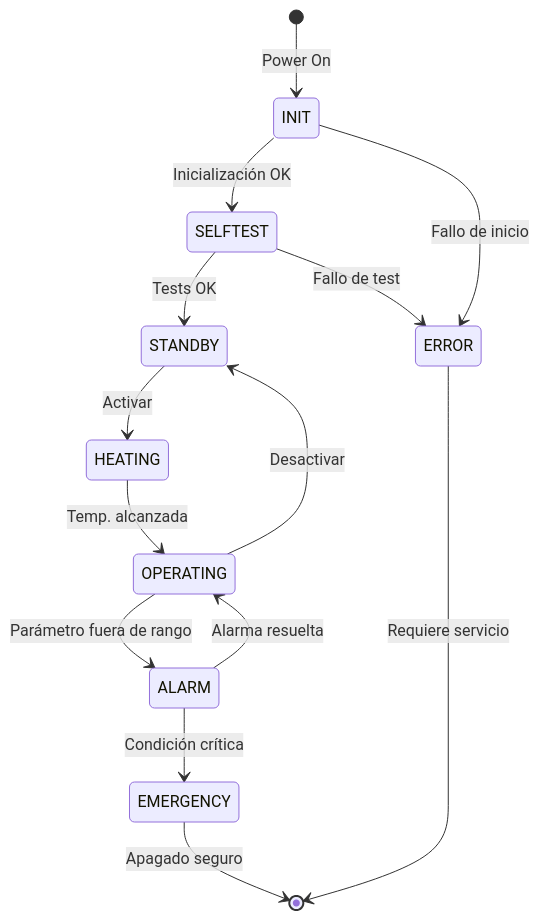
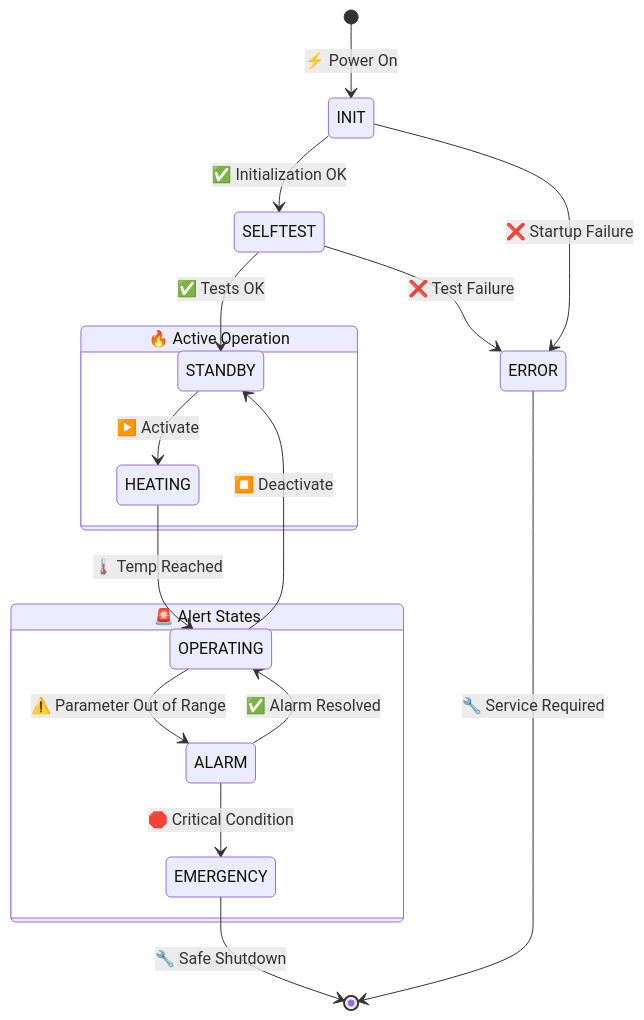
The third of 3 diagrams in docs/i18n/en/docusaurus-plugin-content-docs/version-14.12/architecture/overview.md (medicalopenworld/IncuNest-Docs), drawn with Mermaid before and after one commit. The commit also changed other lines of this file and 4 other files, not shown here.

Commit message:
Update English translations with beautiful mermaid diagrams

````diff
--- a/docs/i18n/en/docusaurus-plugin-content-docs/version-14.12/architecture/overview.md
+++ b/docs/i18n/en/docusaurus-plugin-content-docs/version-14.12/architecture/overview.md
@@ -172,21 +201,24 @@
 ```mermaid
 stateDiagram-v2
-    [*] --> INIT: Power On
-    INIT --> SELFTEST: Inicialización OK
-    INIT --> ERROR: Fallo de inicio
+    [*] --> INIT: ⚡ Power On
+    INIT --> SELFTEST: ✅ Initialization OK
+    INIT --> ERROR: ❌ Startup Failure
     
-    SELFTEST --> STANDBY: Tests OK
-    SELFTEST --> ERROR: Fallo de test
+    SELFTEST --> STANDBY: ✅ Tests OK
+    SELFTEST --> ERROR: ❌ Test Failure
     
-    STANDBY --> HEATING: Activar
-    HEATING --> OPERATING: Temp. alcanzada
+    state "🔥 Active Operation" as active {
+        STANDBY --> HEATING: ▶️ Activate
+        HEATING --> OPERATING: 🌡️ Temp Reached
+        OPERATING --> STANDBY: ⏹️ Deactivate
+    }
     
-    OPERATING --> STANDBY: Desactivar
-    OPERATING --> ALARM: Parámetro fuera de rango
+    state "🚨 Alert States" as alert {
+        OPERATING --> ALARM: ⚠️ Parameter Out of Range
+        ALARM --> OPERATING: ✅ Alarm Resolved
+        ALARM --> EMERGENCY: 🛑 Critical Condition
+    }
     
-    ALARM --> OPERATING: Alarma resuelta
-    ALARM --> EMERGENCY: Condición crítica
-    
-    EMERGENCY --> [*]: Apagado seguro
-    ERROR --> [*]: Requiere servicio
+    EMERGENCY --> [*]: 🔧 Safe Shutdown
+    ERROR --> [*]: 🔧 Service Required
 ```
````
